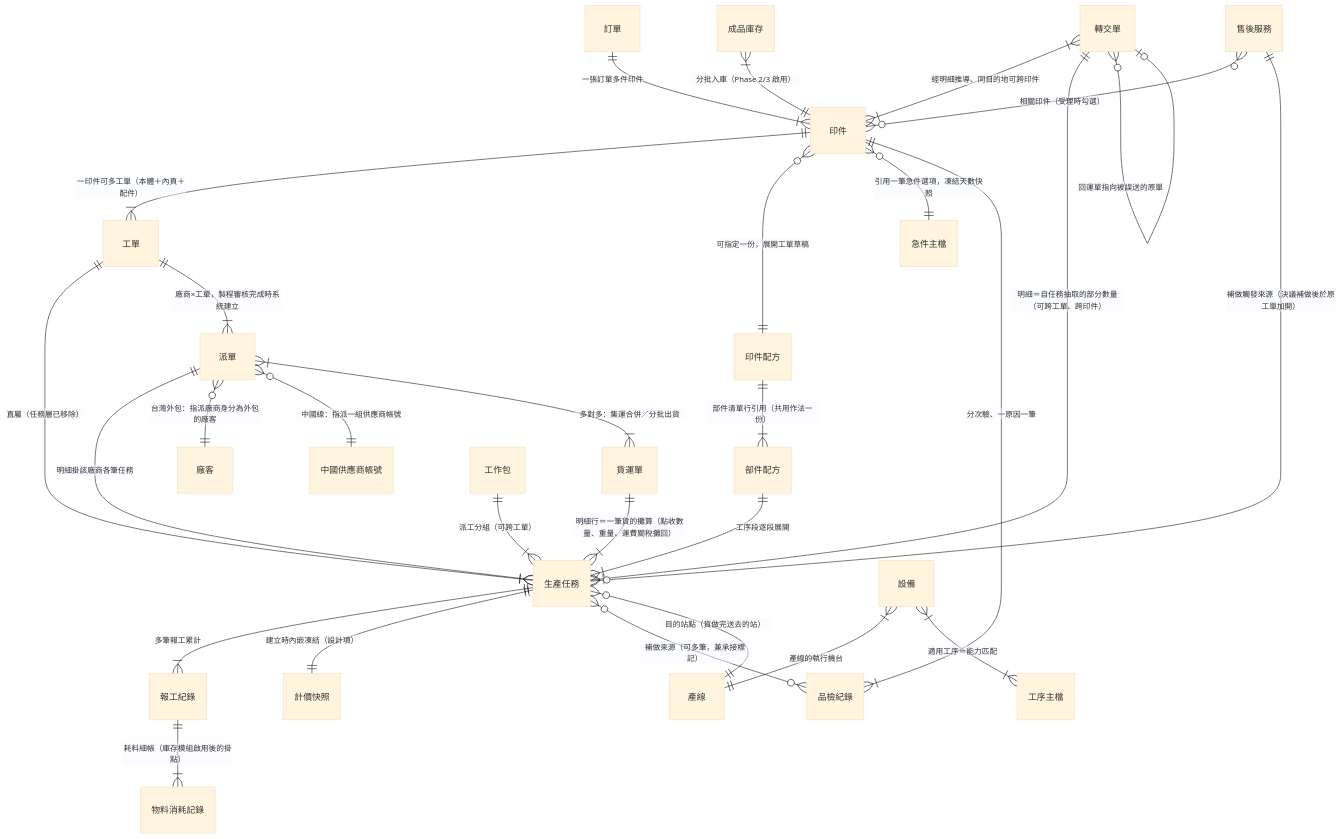
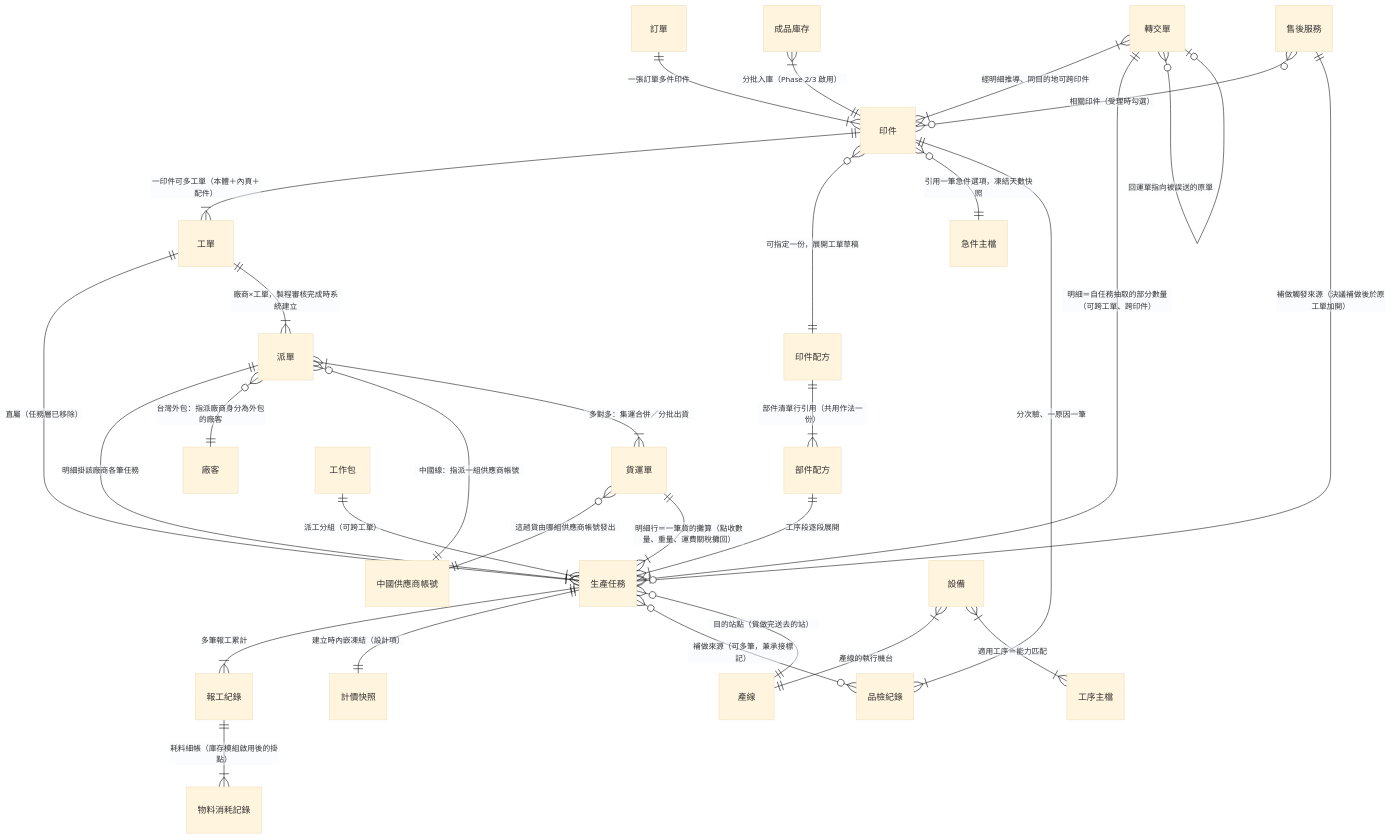
The first of 4 diagrams in memory/Sens_wiki/wiki/erp/05-entities/生產領域資料結構總覽.md (Kawato-Miles/erp-spec), drawn with Mermaid (base theme) before and after one commit. The commit also changed other lines of this file and 9 other files, not shown here.

````diff
--- a/memory/Sens_wiki/wiki/erp/05-entities/生產領域資料結構總覽.md
+++ b/memory/Sens_wiki/wiki/erp/05-entities/生產領域資料結構總覽.md
@@ -21,31 +21,32 @@
 ```mermaid
 erDiagram
     "訂單" ||--|{ "印件" : "一張訂單多件印件"
     "印件" ||--|{ "工單" : "一印件可多工單（本體＋內頁＋配件）"
     "印件" }o--|| "印件配方" : "可指定一份，展開工單草稿"
     "印件" }o--|| "急件主檔" : "引用一筆急件選項，凍結天數快照"
     "印件配方" ||--|{ "部件配方" : "部件清單行引用（共用作法一份）"
     "部件配方" ||--|{ "生產任務" : "工序段逐段展開"
     "工單" ||--|{ "生產任務" : "直屬（任務層已移除）"
     "生產任務" ||--|{ "報工紀錄" : "多筆報工累計"
     "報工紀錄" ||--|{ "物料消耗記錄" : "耗料細帳（庫存模組啟用後的掛點）"
     "生產任務" ||--|| "計價快照" : "建立時內嵌凍結（設計項）"
     "工單" ||--|{ "派單" : "廠商×工單，製程審核完成時系統建立"
     "派單" ||--|{ "生產任務" : "明細掛該廠商各筆任務"
     "派單" }o--|| "廠客" : "台灣外包：指派廠商身分為外包的廠客"
     "派單" }o--|| "中國供應商帳號" : "中國線：指派一組供應商帳號"
     "派單" }|--|{ "貨運單" : "多對多：集運合併／分批出貨"
+    "貨運單" }o--|| "中國供應商帳號" : "這趟貨由哪組供應商帳號發出"
     "貨運單" ||--|{ "生產任務" : "明細行＝一筆貨的攤算（點收數量、重量、運費關稅攤回）"
     "轉交單" }|--|{ "印件" : "經明細推導、同目的地可跨印件"
     "轉交單" ||--|{ "生產任務" : "明細＝自任務抽取的部分數量（可跨工單、跨印件）"
     "轉交單" }o--o| "轉交單" : "回運單指向被誤送的原單"
     "品檢紀錄" }|--|| "印件" : "分次驗、一原因一筆"
     "生產任務" }o--o{ "品檢紀錄" : "補做來源（可多筆，兼承接標記）"
     "工作包" ||--|{ "生產任務" : "派工分組（可跨工單）"
     "設備" }|--|| "產線" : "產線的執行機台"
     "生產任務" }o--|| "產線" : "目的站點（貨做完送去的站）"
     "設備" }|--|{ "工序主檔" : "適用工序＝能力匹配"
     "成品庫存" }|--|| "印件" : "分批入庫（Phase 2/3 啟用）"
     "售後服務" }o--o{ "印件" : "相關印件（受理時勾選）"
     "售後服務" ||--o{ "生產任務" : "補做觸發來源（決議補做後於原工單加開）"
 ```
````
